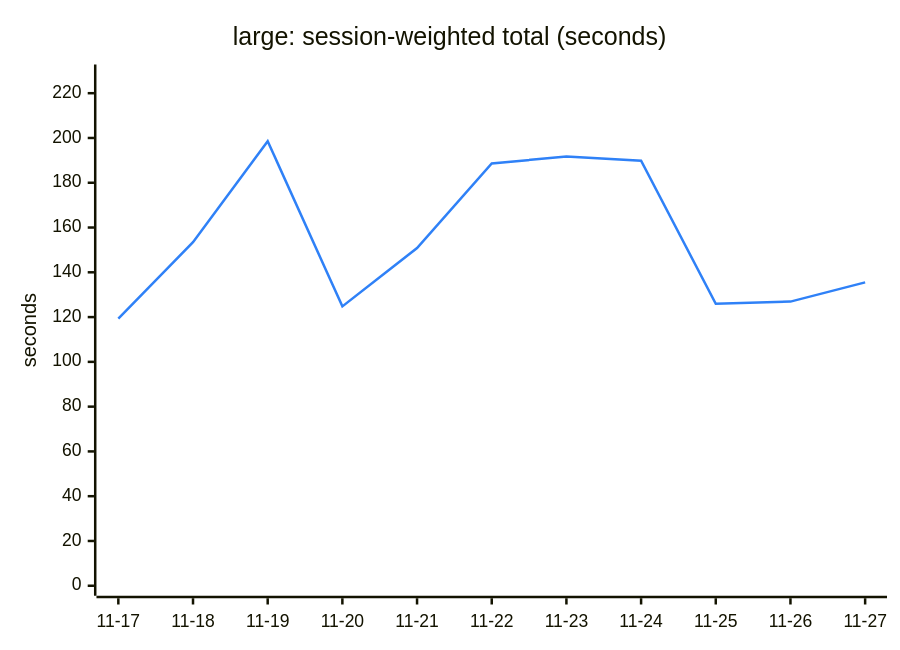
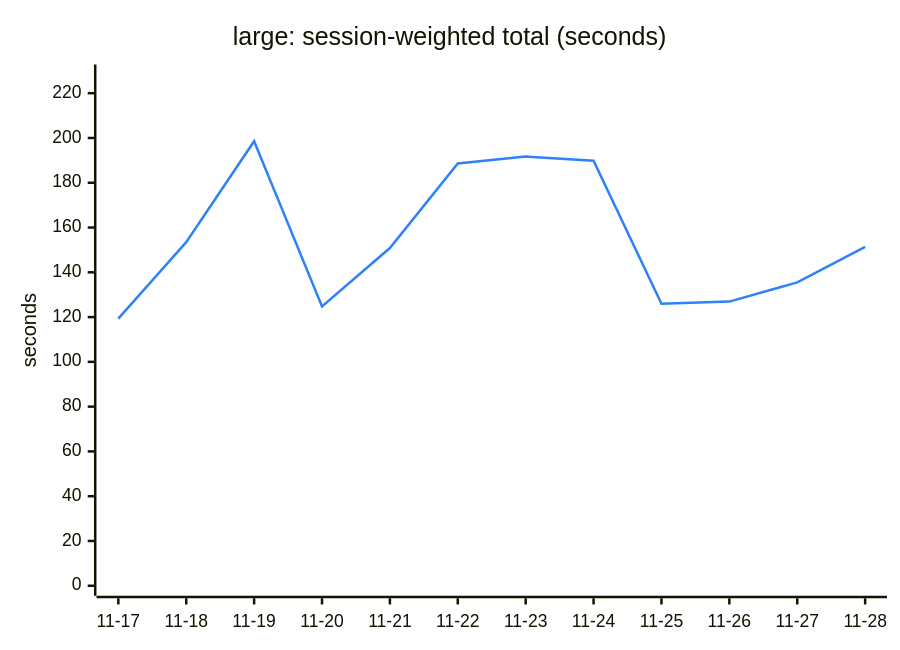
Before and after one commit to Ricovl/mxcli: the second of 6 diagrams in TREND.md, drawn with Mermaid. The commit also changed other lines of this file and 2 other files, not shown here.

````diff
--- a/TREND.md
+++ b/TREND.md
@@ -48,13 +48,13 @@
 ```mermaid
 ---
 config:
   themeVariables:
     xyChart:
       plotColorPalette: "#2f81f7"
 ---
 xychart-beta
     title "large: session-weighted total (seconds)"
-    x-axis ["11-17", "11-18", "11-19", "11-20", "11-21", "11-22", "11-23", "11-24", "11-25", "11-26", "11-27"]
+    x-axis ["11-17", "11-18", "11-19", "11-20", "11-21", "11-22", "11-23", "11-24", "11-25", "11-26", "11-27", "11-28"]
     y-axis "seconds" 0 --> 228.35
-    line [119.28, 153.48, 198.56, 124.78, 150.84, 188.60, 191.73, 189.88, 125.93, 126.91, 135.51]
+    line [119.28, 153.48, 198.56, 124.78, 150.84, 188.60, 191.73, 189.88, 125.93, 126.91, 135.51, 151.36]
 ```
````
